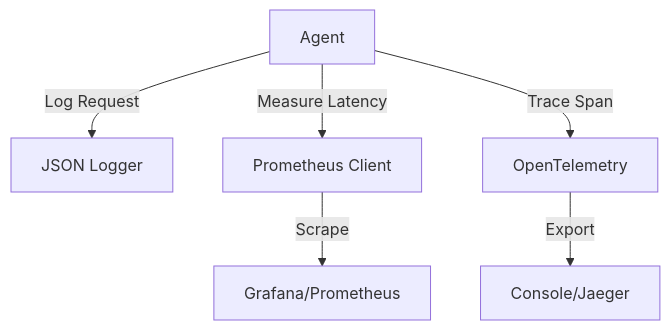
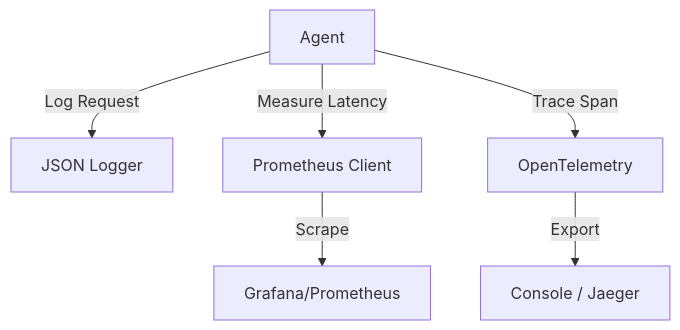
One commit to sricheru/agentic-ai-portfolio changed diagram 19 of 20 in genai_enterprise_usecases/ARCHITECTURE_GUIDE.md. Above: the diagram before and after it, drawn with Mermaid. The commit also changed other lines of this file, not shown here.

Commit message:
fix(docs): resolve GitHub Mermaid syntax errors in architecture guide

````diff
--- a/genai_enterprise_usecases/ARCHITECTURE_GUIDE.md
+++ b/genai_enterprise_usecases/ARCHITECTURE_GUIDE.md
@@ -420,8 +424,8 @@
 ```mermaid
 graph TD
     Agent -->|Log Request| Logger[JSON Logger]
     Agent -->|Measure Latency| Metrics[Prometheus Client]
     Agent -->|Trace Span| Tracer[OpenTelemetry]
-    Metrics -->|Scrape| dashboard[Grafana/Prometheus]
-    Tracer -->|Export| Console/Jaeger
+    Metrics -->|Scrape| dashboard["Grafana/Prometheus"]
+    Tracer -->|Export| Jaeger["Console / Jaeger"]
 ```
````
